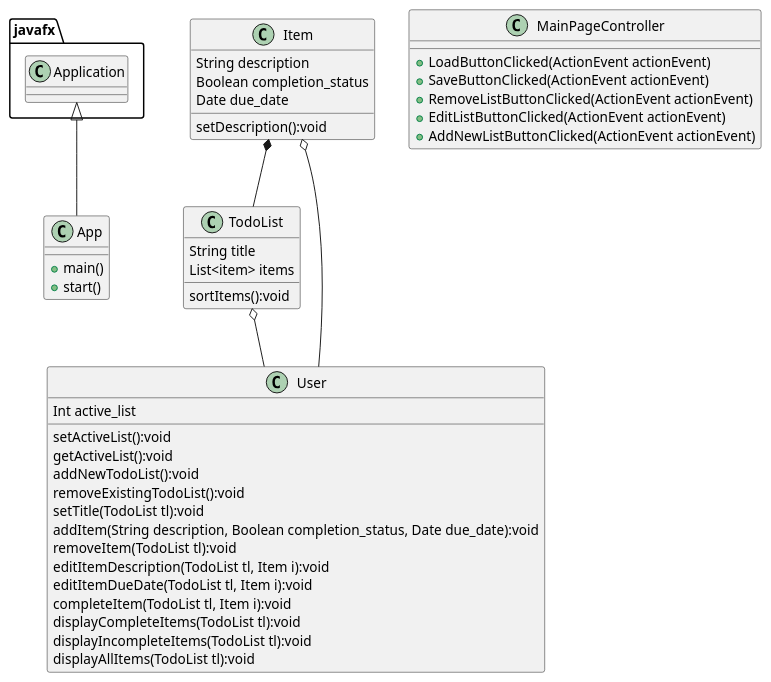
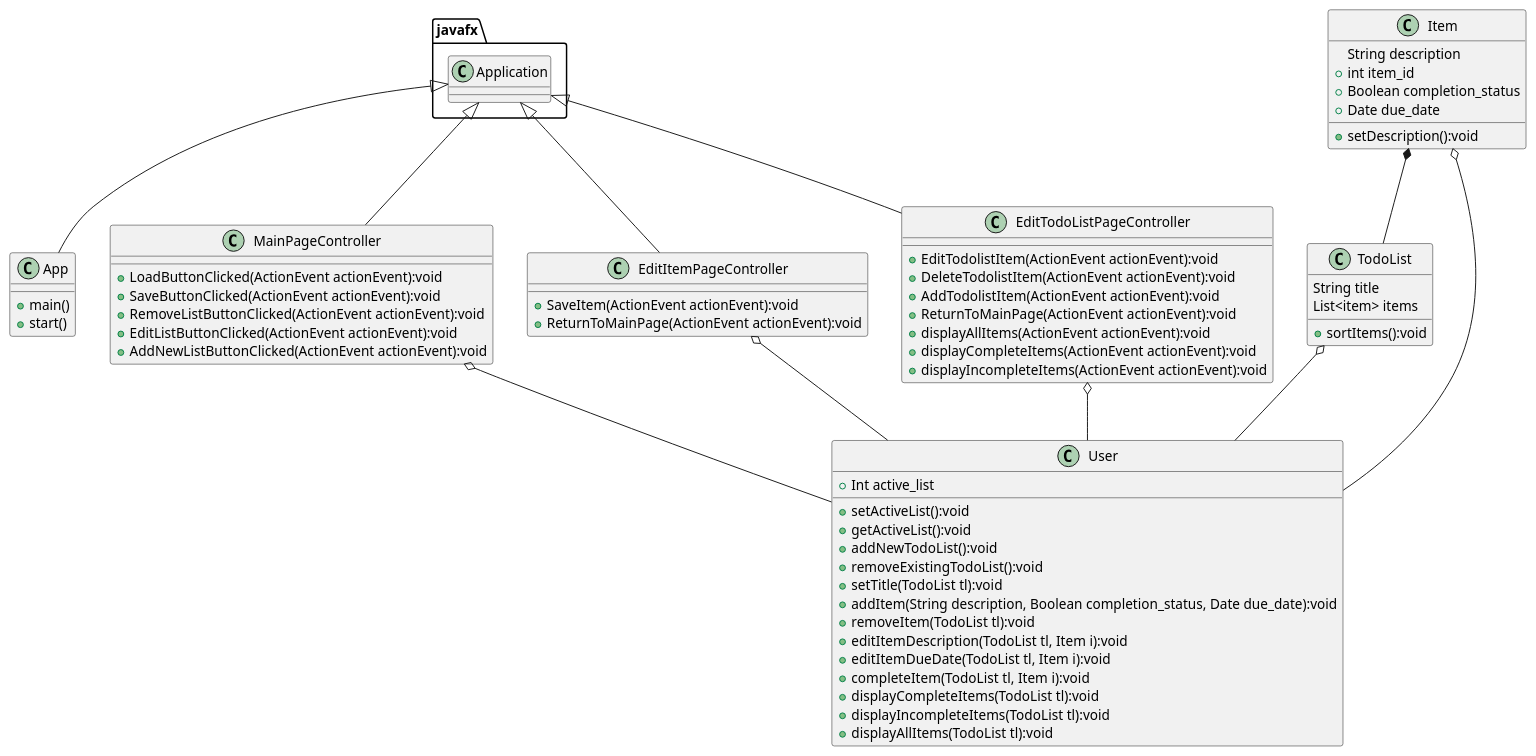
One commit to Andrew-Shepard/shepard-cop3330-assignment4part2 changed the diagram in uml/Assigment4Diagram.puml. Above: the diagram before and after it, drawn with PlantUML. The commit also changed 10 other files, not shown here.

Commit message:
Updated UML

```diff
--- a/uml/Assigment4Diagram.puml
+++ b/uml/Assigment4Diagram.puml
@@ -1,48 +1,67 @@
 @startuml
 'https://plantuml.com/class-diagram
 class App{
     +main()
     +start()
 }
 
 class TodoList {
     String title
     List<item> items
-    sortItems():void
+    +sortItems():void
 }
 class Item {
     String description
-    Boolean completion_status
-    Date due_date
-    setDescription():void
+    +int item_id
+    +Boolean completion_status
+    +Date due_date
+    +setDescription():void
 }
 class User {
-    Int active_list
-    setActiveList():void
-    getActiveList():void
-    addNewTodoList():void
-    removeExistingTodoList():void
-    setTitle(TodoList tl):void
-    addItem(String description, Boolean completion_status, Date due_date):void
-    removeItem(TodoList tl):void
-    editItemDescription(TodoList tl, Item i):void
-    editItemDueDate(TodoList tl, Item i):void
-    completeItem(TodoList tl, Item i):void
-    displayCompleteItems(TodoList tl):void
-    displayIncompleteItems(TodoList tl):void
-    displayAllItems(TodoList tl):void
+    +Int active_list
+    +setActiveList():void
+    +getActiveList():void
+    +addNewTodoList():void
+    +removeExistingTodoList():void
+    +setTitle(TodoList tl):void
+    +addItem(String description, Boolean completion_status, Date due_date):void
+    +removeItem(TodoList tl):void
+    +editItemDescription(TodoList tl, Item i):void
+    +editItemDueDate(TodoList tl, Item i):void
+    +completeItem(TodoList tl, Item i):void
+    +displayCompleteItems(TodoList tl):void
+    +displayIncompleteItems(TodoList tl):void
+    +displayAllItems(TodoList tl):void
 }
 class MainPageController{
-    +LoadButtonClicked(ActionEvent actionEvent)
-    +SaveButtonClicked(ActionEvent actionEvent)
-    +RemoveListButtonClicked(ActionEvent actionEvent)
-    +EditListButtonClicked(ActionEvent actionEvent)
-    +AddNewListButtonClicked(ActionEvent actionEvent)
+    +LoadButtonClicked(ActionEvent actionEvent):void
+    +SaveButtonClicked(ActionEvent actionEvent):void
+    +RemoveListButtonClicked(ActionEvent actionEvent):void
+    +EditListButtonClicked(ActionEvent actionEvent):void
+    +AddNewListButtonClicked(ActionEvent actionEvent):void
+}
+class EditItemPageController{
+    +SaveItem(ActionEvent actionEvent):void
+    +ReturnToMainPage(ActionEvent actionEvent):void
+}
+class EditTodoListPageController{
+    +EditTodolistItem(ActionEvent actionEvent):void
+    +DeleteTodolistItem(ActionEvent actionEvent):void
+    +AddTodolistItem(ActionEvent actionEvent):void
+    +ReturnToMainPage(ActionEvent actionEvent):void
+    +displayAllItems(ActionEvent actionEvent):void
+    +displayCompleteItems(ActionEvent actionEvent):void
+    +displayIncompleteItems(ActionEvent actionEvent):void
 }
 javafx.Application <|-- App
-
+javafx.Application <|-- MainPageController
+javafx.Application <|-- EditItemPageController
+javafx.Application <|-- EditTodoListPageController
+MainPageController o-- User
+EditItemPageController o-- User
+EditTodoListPageController o-- User
 Item o-- User
 TodoList o-- User
 Item *-- TodoList
 
 @enduml
```
